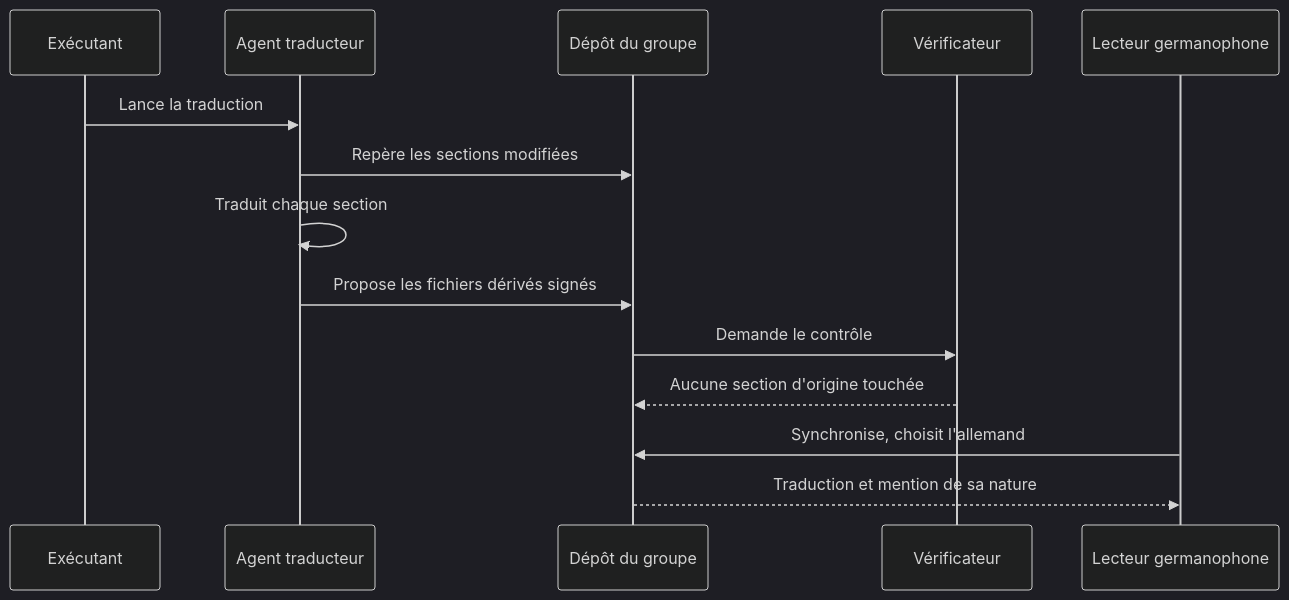
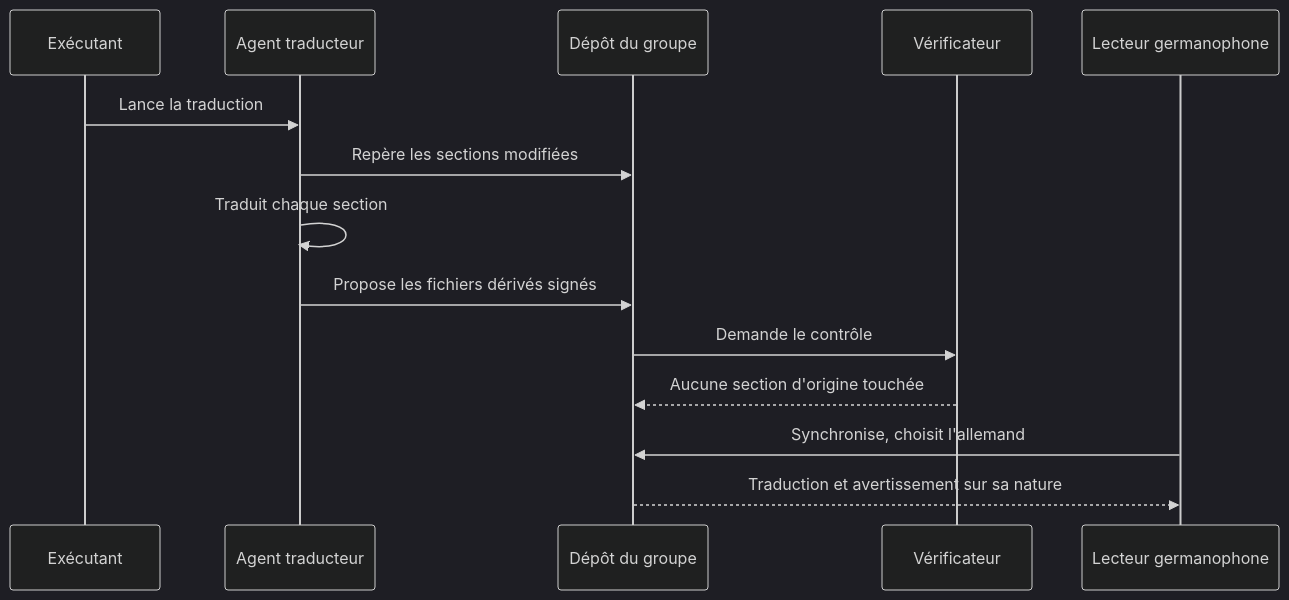
The diagram in kunereti/Analyse/KR Scénario 29 Traduire une proposition.md (michaellaunay/NotesPubliques), drawn with Mermaid (dark theme) before and after one commit. The commit also changed other lines of this file and 20 other files, not shown here.

````diff
--- a/kunereti/Analyse/KR Scénario 29 Traduire une proposition.md
+++ b/kunereti/Analyse/KR Scénario 29 Traduire une proposition.md
@@ -55,16 +55,16 @@
 ```mermaid
 sequenceDiagram
     participant X as Exécutant
     participant T as Agent traducteur
     participant G as Dépôt du groupe
     participant V as Vérificateur
     participant L as Lecteur germanophone
     X->>T: Lance la traduction
     T->>G: Repère les sections modifiées
     T->>T: Traduit chaque section
     T->>G: Propose les fichiers dérivés signés
     G->>V: Demande le contrôle
     V-->>G: Aucune section d'origine touchée
     L->>G: Synchronise, choisit l'allemand
-    G-->>L: Traduction et mention de sa nature
+    G-->>L: Traduction et avertissement sur sa nature
 ```
````
